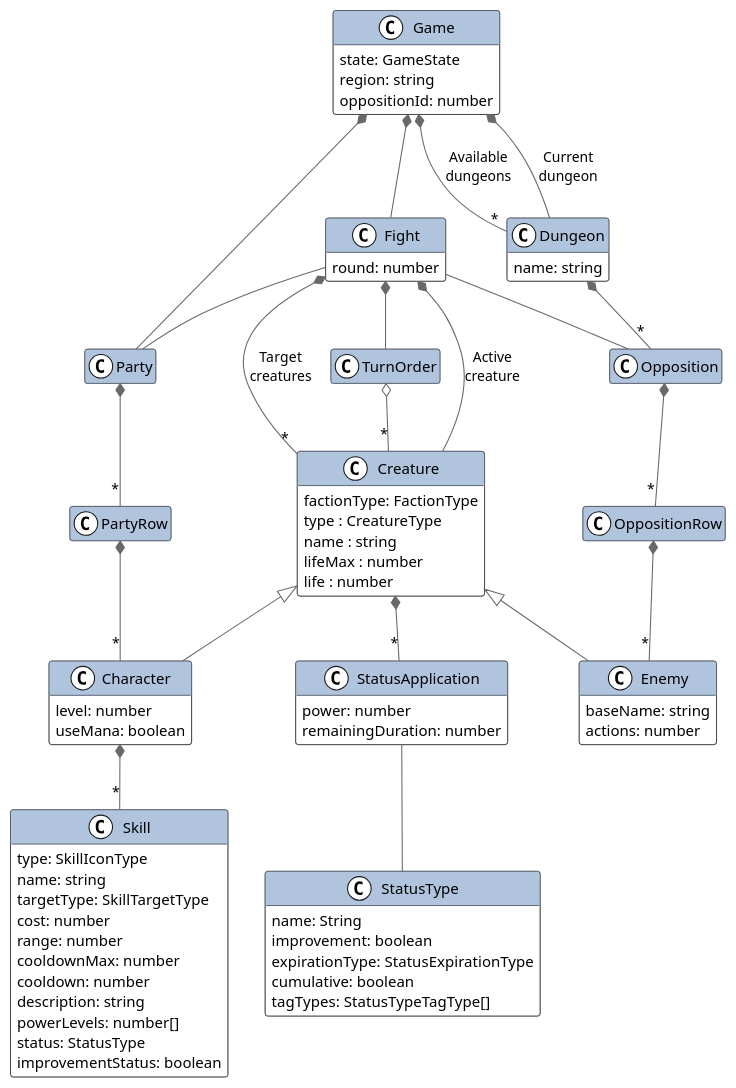
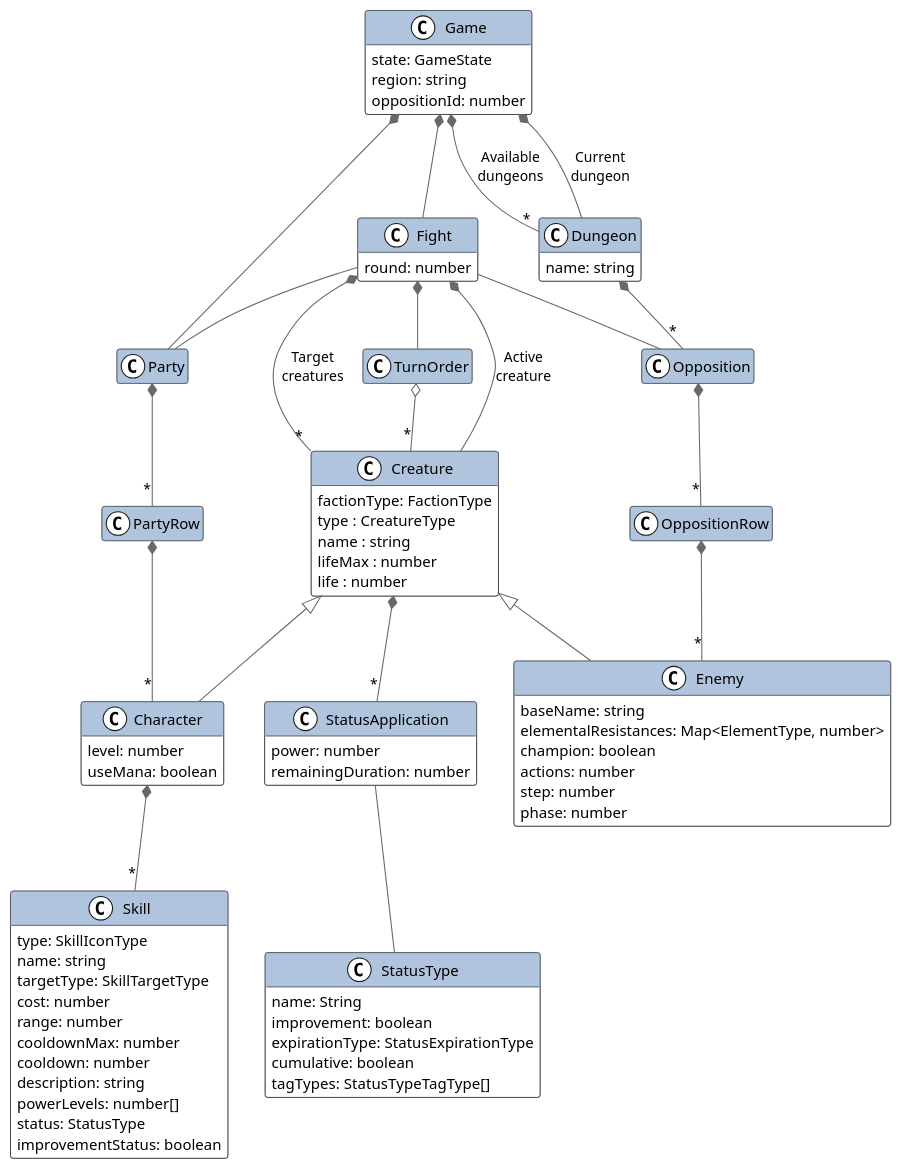
Before and after one commit to fbeaufume/draconis: the diagram in doc/model-world.puml, drawn with PlantUML. The commit also changed 2 other files, not shown here.

```diff
--- a/doc/model-world.puml
+++ b/doc/model-world.puml
@@ -1,95 +1,99 @@
 @startuml
 
 scale 1.0
 hide empty methods
 hide empty attributes
 skinparam arrowColor #DimGray
 <style>
 spotClass { BackgroundColor white }
 </style>
 skinparam class {
   BackgroundColor White
   HeaderBackgroundColor LightSteelBlue
 }
 
 class Game {
   state: GameState
   region: string
   oppositionId: number
 }
 
 class Dungeon {
   name: string
 }
 
 class Fight {
   round: number
 }
 
 class Creature {
   factionType: FactionType
   type : CreatureType
   name : string
   lifeMax : number
   life : number
 }
 
 class StatusApplication {
   power: number
   remainingDuration: number
 }
 
 class StatusType {
   name: String
   improvement: boolean
   expirationType: StatusExpirationType
   cumulative: boolean
   tagTypes: StatusTypeTagType[]
 }
 
 class Character {
   level: number
   useMana: boolean
 }
 
 class Enemy {
   baseName: string
+  elementalResistances: Map<ElementType, number>
+  champion: boolean
   actions: number
+  step: number
+  phase: number
 }
 
 class Skill {
   type: SkillIconType
   name: string
   targetType: SkillTargetType
   cost: number
   range: number
   cooldownMax: number
   cooldown: number
   description: string
   powerLevels: number[]
   status: StatusType
   improvementStatus: boolean
 }
 
 Game *-- "*" Dungeon : "Available\ndungeons"
 Game *-- Dungeon : "Current\ndungeon"
 Game *-- Fight
 Game *-- Party
 Dungeon *-- "*" Opposition
 Fight -- Party
 Fight -- Opposition
 Fight *-- TurnOrder
 Fight *-- Creature : "Active\ncreature"
 Fight *-- "*" Creature : "Target\ncreatures"
 TurnOrder o-- "*" Creature
 Party *-- "*" PartyRow
 PartyRow *-- "*" Character
 Opposition *-- "*" OppositionRow
 OppositionRow *-- "*" Enemy
 Creature *-- "*" StatusApplication
 StatusApplication -- StatusType
 Creature <|-- Character
 Character *-- "*" Skill
 Creature <|-- Enemy
 
 @enduml
```
